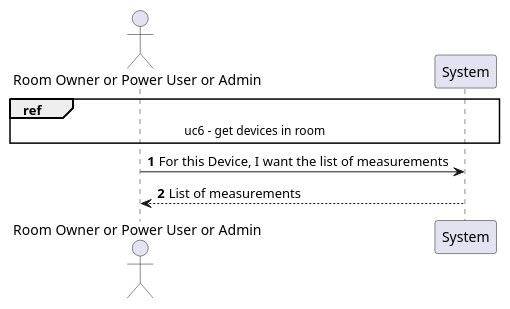
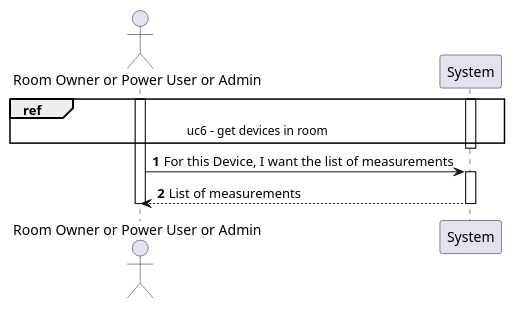
One commit to olivDiogo/SmartHome changed the diagram in docs/useCases/uc11_toGetLogFromDevice/artifacts/uc11_SSD.puml. Above: the diagram before and after it, drawn with PlantUML. The commit also changed 23 other files, not shown here.

```diff
--- a/docs/useCases/uc11_toGetLogFromDevice/artifacts/uc11_SSD.puml
+++ b/docs/useCases/uc11_toGetLogFromDevice/artifacts/uc11_SSD.puml
@@ -1,17 +1,23 @@
 @startuml
 !pragma layout smetana
 
 autonumber
 
 actor "Room Owner or Power User or Admin" as User
 participant System
 
 'User -> System: Give me the list of rooms
 'System --> User: List of Rooms
 'User -> System: Give me the list of devices in this room
 'System --> User: List of Devices
+activate User
 ref over User, System: uc6 - get devices in room
+activate System
+deactivate System
 User -> System: For this Device, I want the list of measurements
+activate System
 System --> User: List of measurements
+deactivate System
+deactivate User
 
 @enduml
```
